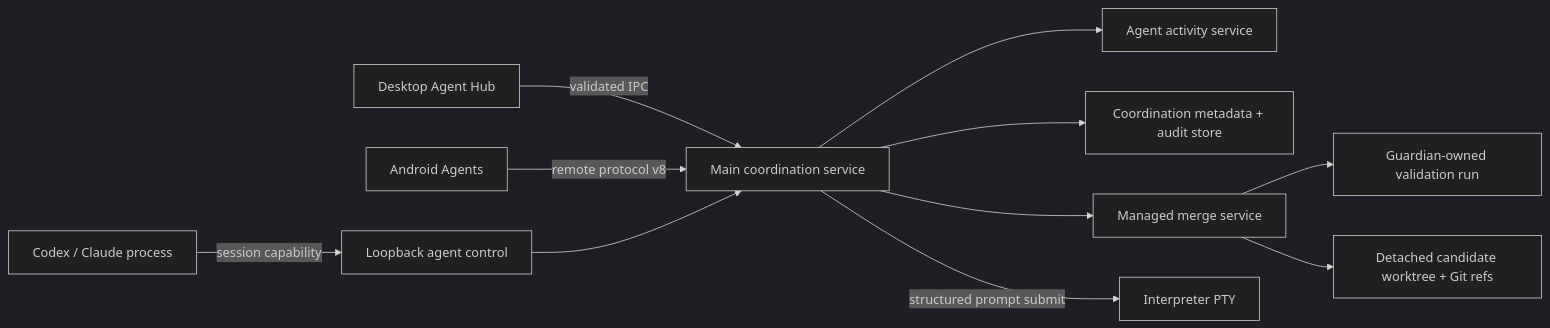
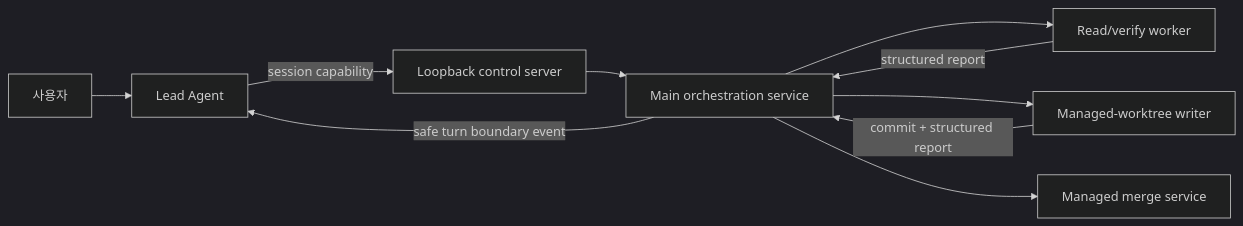
Before and after one commit to dlwlgus9125/EZTerminal: the diagram in docs/design/agent-collaboration.md, drawn with Mermaid (dark theme). The commit also changed other lines of this file and 94 other files, not shown here.

````diff
--- a/docs/design/agent-collaboration.md
+++ b/docs/design/agent-collaboration.md
@@ -22,13 +25,12 @@
 ```mermaid
 flowchart LR
-  UI[Desktop Agent Hub] -->|validated IPC| Main[Main coordination service]
-  Mobile[Android Agents] -->|remote protocol v8| Main
-  Agent[Codex / Claude process] -->|session capability| Loopback[Loopback agent control]
-  Loopback --> Main
-  Main --> Activity[Agent activity service]
-  Main --> Store[Coordination metadata + audit store]
-  Main --> Merge[Managed merge service]
-  Merge --> Validation[Guardian-owned validation run]
-  Merge --> Git[Detached candidate worktree + Git refs]
-  Main -->|structured prompt submit| PTY[Interpreter PTY]
+  User[사용자] --> Lead[Lead Agent]
+  Lead -->|session capability| Control[Loopback control server]
+  Control --> Orchestrator[Main orchestration service]
+  Orchestrator --> Reader[Read/verify worker]
+  Orchestrator --> Writer[Managed-worktree writer]
+  Reader -->|structured report| Orchestrator
+  Writer -->|commit + structured report| Orchestrator
+  Orchestrator -->|safe turn boundary event| Lead
+  Orchestrator --> Merge[Managed merge service]
 ```
````
